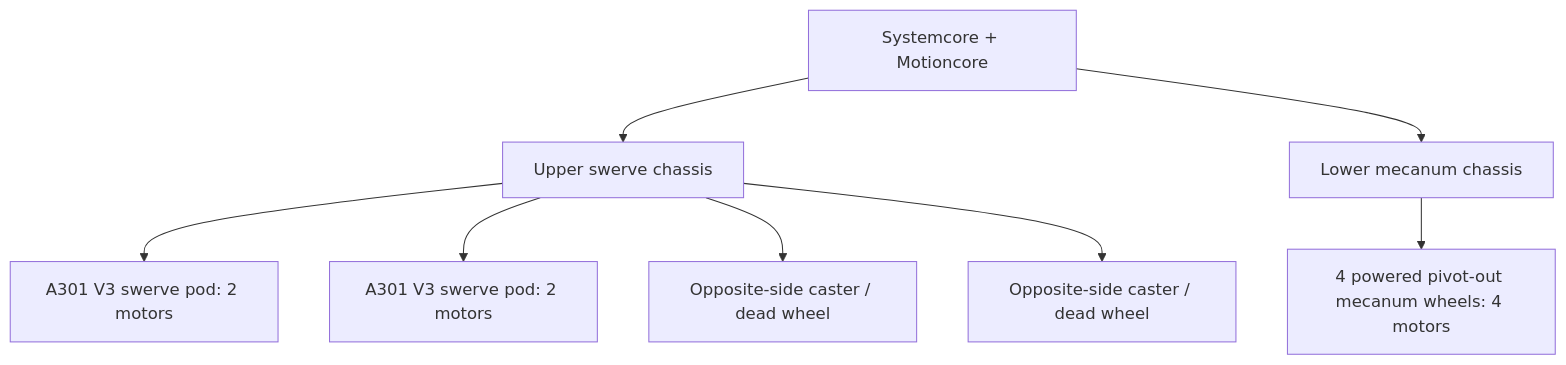
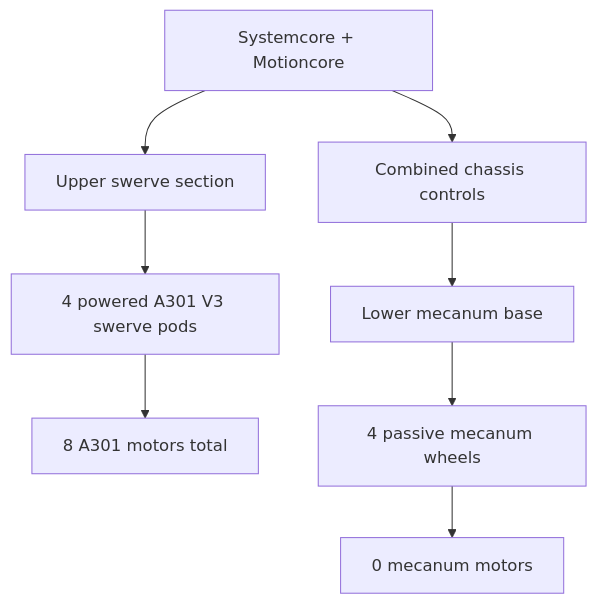
The diagram in CAD Models/A301 Chassis Swechanum/README.md (NYC-FIRST/SystemcoreTesting), drawn with Mermaid before and after one commit. The commit also changed other lines of this file and 8 other files, not shown here.

````diff
--- a/CAD Models/A301 Chassis Swechanum/README.md
+++ b/CAD Models/A301 Chassis Swechanum/README.md
@@ -31,10 +30,10 @@
 ```mermaid
 flowchart TB
-    CONTROL["Systemcore + Motioncore"] --> UPPER["Upper swerve chassis"]
-    CONTROL --> LOWER["Lower mecanum chassis"]
-    UPPER --> V3A["A301 V3 swerve pod: 2 motors"]
-    UPPER --> V3B["A301 V3 swerve pod: 2 motors"]
-    UPPER --> CASTERA["Opposite-side caster / dead wheel"]
-    UPPER --> CASTERB["Opposite-side caster / dead wheel"]
-    LOWER --> MECANUM["4 powered pivot-out mecanum wheels: 4 motors"]
+    CONTROL["Systemcore + Motioncore"] --> UPPER["Upper swerve section"]
+    CONTROL --> CHASSIS["Combined chassis controls"]
+    UPPER --> PODS["4 powered A301 V3 swerve pods"]
+    PODS --> MOTORS["8 A301 motors total"]
+    CHASSIS --> LOWER["Lower mecanum base"]
+    LOWER --> PASSIVE["4 passive mecanum wheels"]
+    PASSIVE --> NOMOTORS["0 mecanum motors"]
 ```
````
